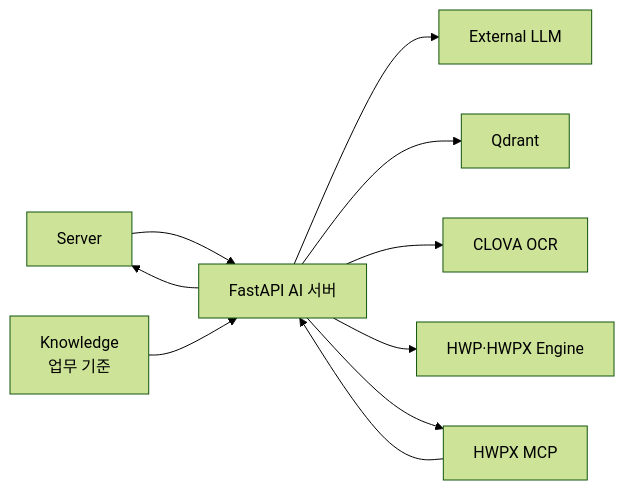
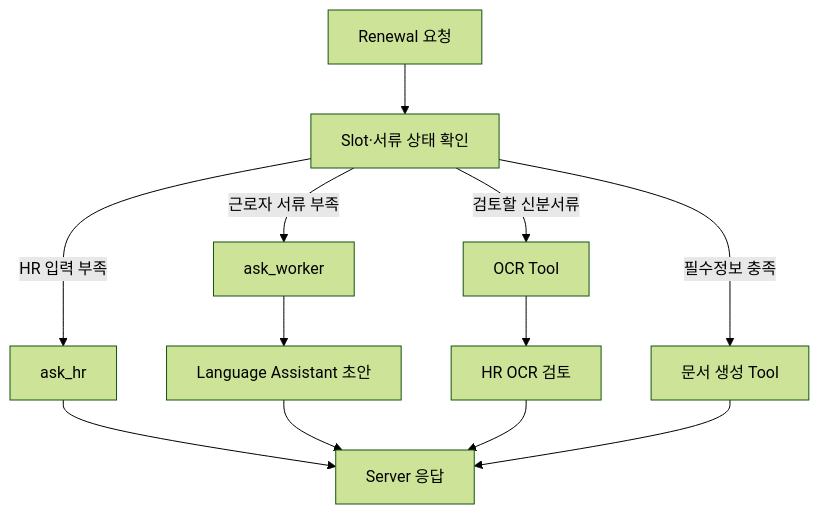
One commit to fowoco/ai changed the diagram in README.md. Above: the diagram before and after it, drawn with Mermaid (forest theme). The commit also changed other lines of this file and 12 other files, not shown here.

````diff
--- a/README.md
+++ b/README.md
@@ -149,12 +90,14 @@
 ```mermaid
-flowchart LR
-    Server --> AI["FastAPI AI 서버"]
-    Knowledge["Knowledge<br/>업무 기준"] --> AI
-    AI --> LLM["External LLM"]
-    AI --> Qdrant["Qdrant"]
-    AI --> Clova["CLOVA OCR"]
-    AI --> Documents["HWP·HWPX Engine"]
-    AI --> MCP["HWPX MCP"]
-    MCP --> AI
-    AI --> Server
+flowchart TB
+    R["Renewal 요청"] --> S["Slot·서류 상태 확인"]
+    S -->|"HR 입력 부족"| H["ask_hr"]
+    S -->|"근로자 서류 부족"| W["ask_worker"]
+    S -->|"검토할 신분서류"| O["OCR Tool"]
+    O --> V["HR OCR 검토"]
+    S -->|"필수정보 충족"| D["문서 생성 Tool"]
+    W --> L["Language Assistant 초안"]
+    H --> X["Server 응답"]
+    L --> X
+    V --> X
+    D --> X
 ```
````
